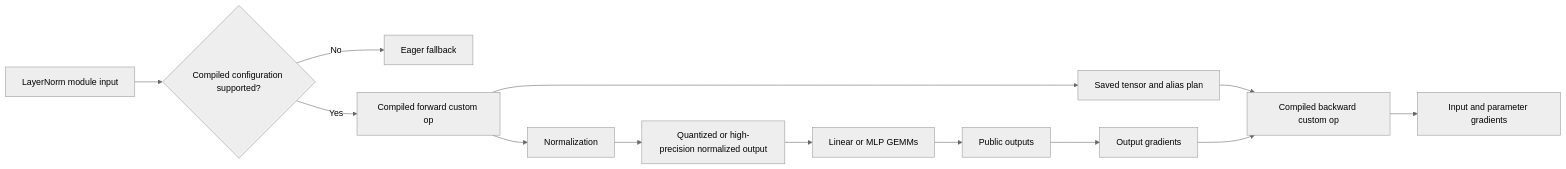
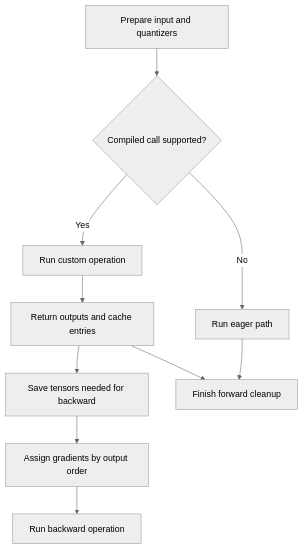
The diagram in knowledge/projects/transformer-engine/knowledgebase/upstream/prs/NVIDIA--TransformerEngine/PR-3534.md (yuguo-Jack/HCU-TrainFlow), drawn with Mermaid before and after one commit. The commit also changed other lines of this file and 42044 other files, not shown here.

````diff
--- a/knowledge/projects/transformer-engine/knowledgebase/upstream/prs/NVIDIA--TransformerEngine/PR-3534.md
+++ b/knowledge/projects/transformer-engine/knowledgebase/upstream/prs/NVIDIA--TransformerEngine/PR-3534.md
@@ -107,16 +122,13 @@
 ```mermaid
 %%{init: {'theme': 'neutral'}}%%
-flowchart LR
-  A[LayerNorm module input] --> B{Compiled configuration supported?}
-  B -- No --> C[Eager fallback]
-  B -- Yes --> D[Compiled forward custom op]
-  D --> E[Normalization]
-  E --> F[Quantized or high-precision normalized output]
-  F --> G[Linear or MLP GEMMs]
-  G --> H[Public outputs]
-  D --> I[Saved tensor and alias plan]
-  H --> J[Output gradients]
-  I --> K[Compiled backward custom op]
-  J --> K
-  K --> L[Input and parameter gradients]
+flowchart TD
+  A[Prepare input and quantizers] --> B{Compiled call supported?}
+  B -- No --> C[Run eager path]
+  B -- Yes --> D[Run custom operation]
+  D --> E[Return outputs and cache entries]
+  E --> F[Save tensors needed for backward]
+  F --> G[Assign gradients by output order]
+  G --> H[Run backward operation]
+  C --> I[Finish forward cleanup]
+  E --> I
 ```
````
